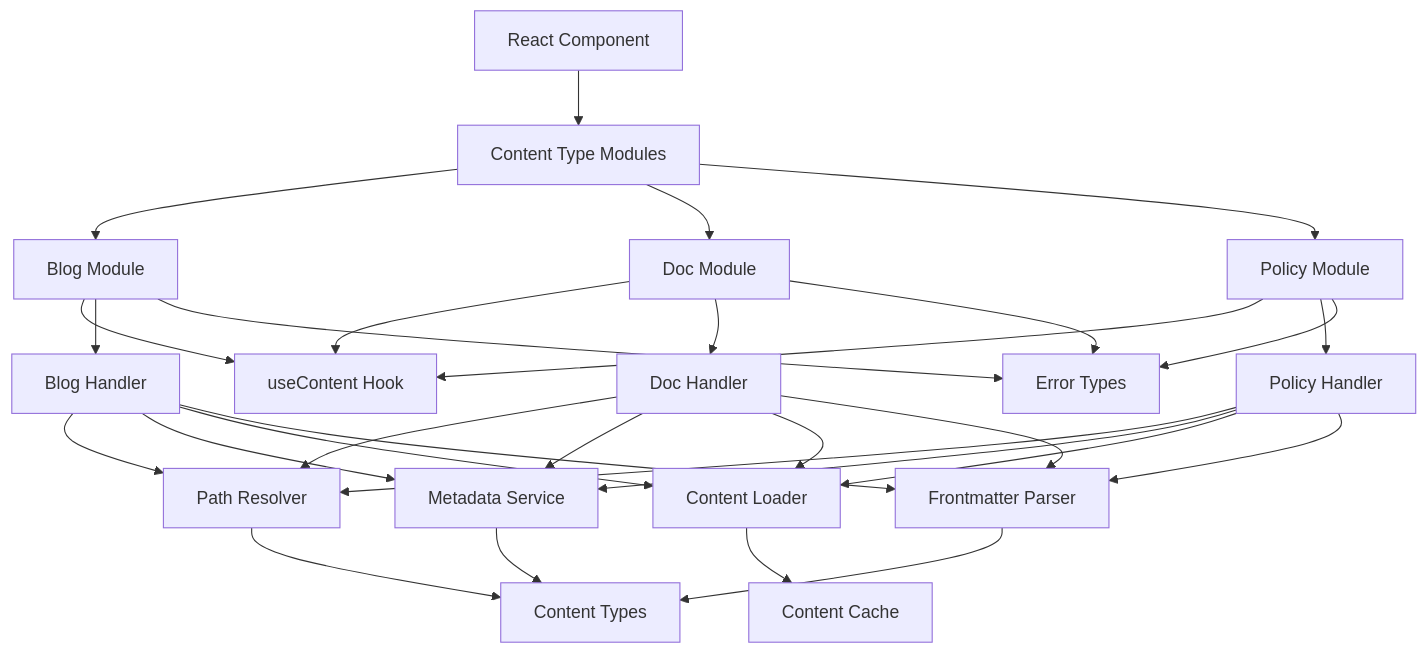
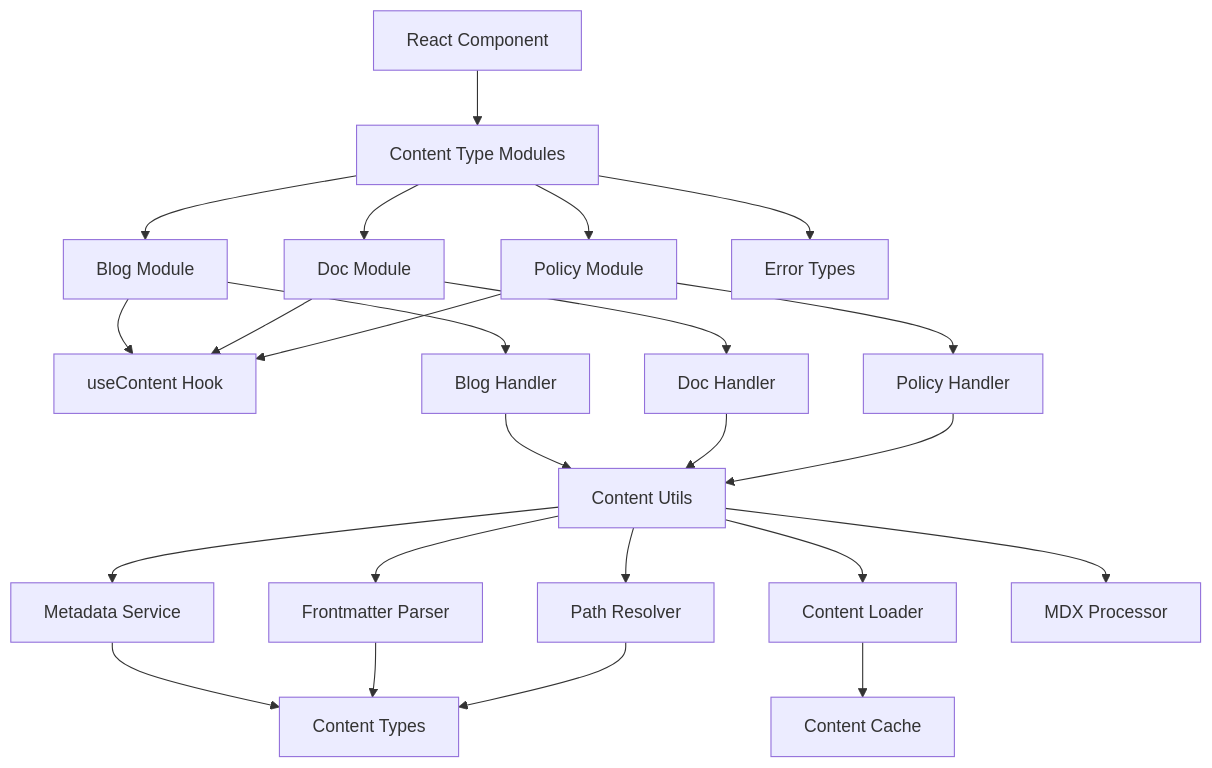
Before and after one commit to Mirascope/website: the diagram in src/lib/content/DESIGN.md, drawn with Mermaid. The commit also changed other lines of this file and 28 other files, not shown here.

````diff
--- a/src/lib/content/DESIGN.md
+++ b/src/lib/content/DESIGN.md
@@ -9,36 +9,31 @@
 ```mermaid
 graph TD
     Component[React Component] --> ContentModules[Content Type Modules]
     ContentModules --> BlogModule[Blog Module]
     ContentModules --> DocModule[Doc Module]
     ContentModules --> PolicyModule[Policy Module]
     
     BlogModule --> useContent[useContent Hook]
     DocModule --> useContent
     PolicyModule --> useContent
     
     BlogModule --> BlogHandler[Blog Handler]
     DocModule --> DocHandler[Doc Handler]
     PolicyModule --> PolicyHandler[Policy Handler]
     
-    DocHandler --> PathResolver[Path Resolver]
-    DocHandler --> MetadataService[Metadata Service]
-    DocHandler --> ContentLoader[Content Loader]
-    DocHandler --> FrontmatterParser[Frontmatter Parser]
-    BlogHandler --> PathResolver
-    BlogHandler --> MetadataService
-    BlogHandler --> ContentLoader
-    BlogHandler --> FrontmatterParser
-    PolicyHandler --> PathResolver
-    PolicyHandler --> MetadataService
-    PolicyHandler --> ContentLoader
-    PolicyHandler --> FrontmatterParser
+    BlogHandler --> ContentUtils[Content Utils]
+    DocHandler --> ContentUtils
+    PolicyHandler --> ContentUtils
+    
+    ContentUtils --> PathResolver[Path Resolver]
+    ContentUtils --> MetadataService[Metadata Service]
+    ContentUtils --> ContentLoader[Content Loader]
+    ContentUtils --> FrontmatterParser[Frontmatter Parser]
+    ContentUtils --> MDXProcessor[MDX Processor]
     
     ContentLoader --> ContentCache[Content Cache]
     MetadataService --> ContentTypes[Content Types]
     FrontmatterParser --> ContentTypes
     PathResolver --> ContentTypes
-    BlogModule --> ErrorHandling[Error Types]
-    DocModule --> ErrorHandling
-    PolicyModule --> ErrorHandling
+    ContentModules --> ErrorHandling[Error Types]
 ```
````
